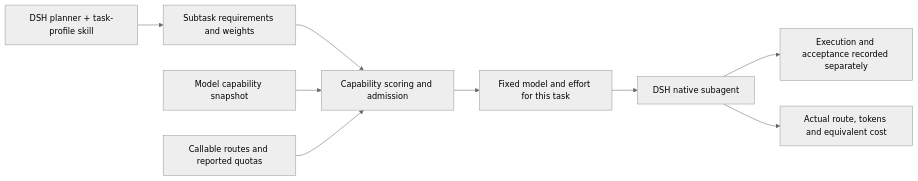
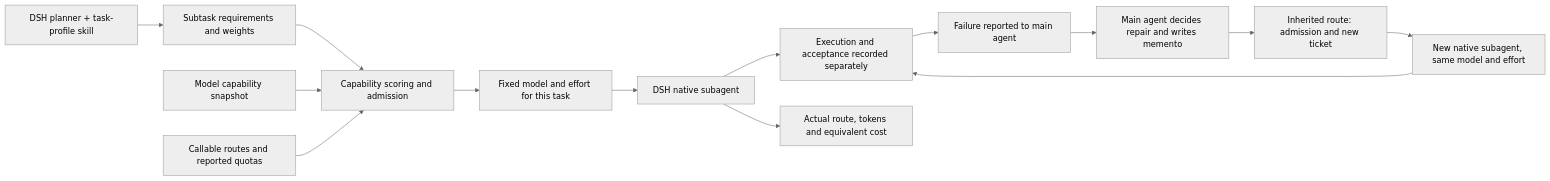
One commit to AshenJyy/GeneralRouter changed the diagram in docs/PROJECT-OVERVIEW.md. Above: the diagram before and after it, drawn with Mermaid (neutral theme). The commit also changed other lines of this file and 16 other files, not shown here.

Commit message:
Keep repair workers on the original model with memento handoff

````diff
--- a/docs/PROJECT-OVERVIEW.md
+++ b/docs/PROJECT-OVERVIEW.md
@@ -17,11 +17,16 @@
 ```mermaid
 flowchart LR
     P[DSH planner + task-profile skill] --> T[Subtask requirements and weights]
     T --> R[Capability scoring and admission]
     C[Model capability snapshot] --> R
     Q[Callable routes and reported quotas] --> R
     R --> D[Fixed model and effort for this task]
     D --> W[DSH native subagent]
     W --> E[Execution and acceptance recorded separately]
     W --> U[Actual route, tokens and equivalent cost]
+    E --> F[Failure reported to main agent]
+    F --> M[Main agent decides repair and writes memento]
+    M --> H[Inherited route: admission and new ticket]
+    H --> N[New native subagent, same model and effort]
+    N --> E
 ```
````
